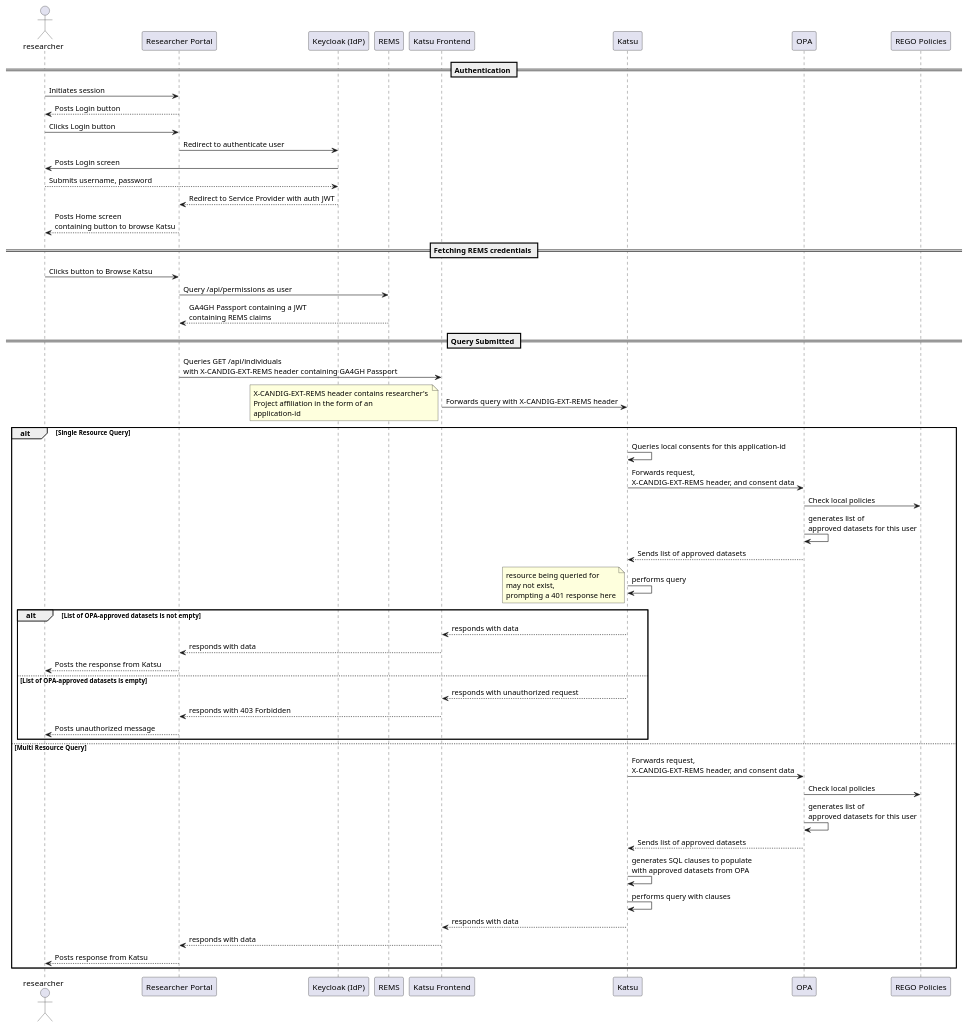
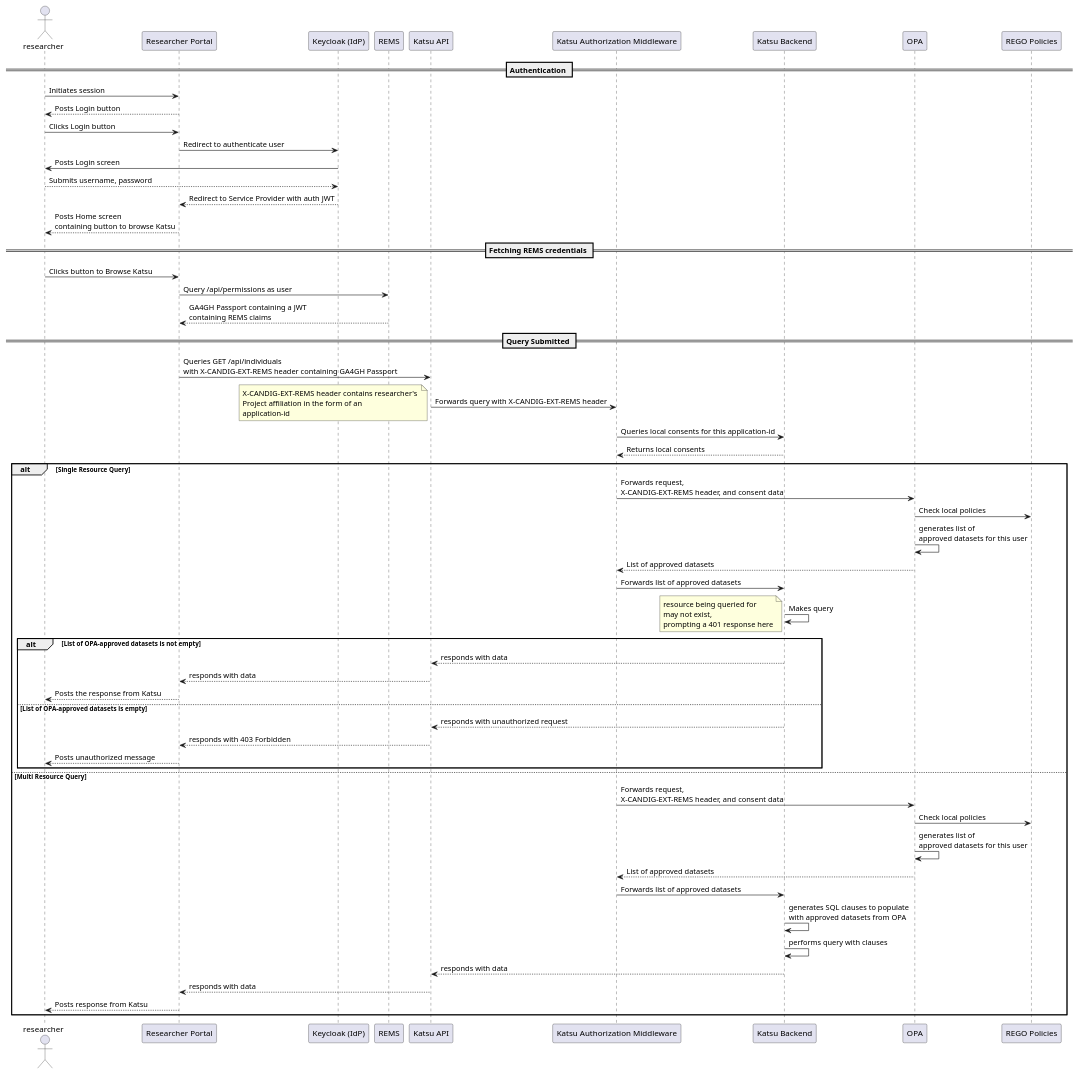
One commit to dycons/design changed the diagram in demo1/diagrams/researcher_query.md. Above: the diagram before and after it, drawn with PlantUML. The commit also changed other lines of this file, not shown here.

Commit message:
Add details on Authorization Middleware

```diff
--- a/demo1/diagrams/researcher_query.md
+++ b/demo1/diagrams/researcher_query.md
@@ -5,73 +5,78 @@
 @startuml
 actor researcher
 participant "Researcher Portal" as rp
 participant "Keycloak (IdP)" as kc
 participant "REMS" as rems
-participant "Katsu Frontend" as kf
-participant "Katsu" as katsu
+participant "Katsu API" as kapi
+participant "Katsu Authorization Middleware" as km
+participant "Katsu Backend" as kb
 participant "OPA" as opa
 participant "REGO Policies" as rego
 
 == Authentication ==
 
 researcher -> rp : Initiates session
 rp --> researcher : Posts Login button
 researcher -> rp : Clicks Login button
 rp -> kc : Redirect to authenticate user
 kc -> researcher : Posts Login screen
 researcher --> kc : Submits username, password
 kc --> rp : Redirect to Service Provider with auth JWT
 rp --> researcher : Posts Home screen \ncontaining button to browse Katsu
 
 == Fetching REMS credentials ==
 
 researcher -> rp : Clicks button to Browse Katsu
 rp -> rems : Query /api/permissions as user
 rems --> rp : GA4GH Passport containing a JWT \ncontaining REMS claims
 
 == Query Submitted ==
 
-rp -> kf : Queries GET /api/individuals \nwith X-CANDIG-EXT-REMS header containing GA4GH Passport
-kf -> katsu: Forwards query with X-CANDIG-EXT-REMS header
+rp -> kapi : Queries GET /api/individuals \nwith X-CANDIG-EXT-REMS header containing GA4GH Passport
+kapi -> km: Forwards query with X-CANDIG-EXT-REMS header
 note left: X-CANDIG-EXT-REMS header contains researcher's \nProject affiliation in the form of an \napplication-id
 
+km -> kb: Queries local consents for this application-id
+kb --> km: Returns local consents
+
 alt Single Resource Query
-
-  katsu -> katsu: Queries local consents for this application-id
-  katsu -> opa : Forwards request, \nX-CANDIG-EXT-REMS header, and consent data
+  km -> opa : Forwards request, \nX-CANDIG-EXT-REMS header, and consent data
   opa -> rego : Check local policies
 
 
   opa -> opa: generates list of \napproved datasets for this user
-  opa --> katsu: Sends list of approved datasets
-  katsu -> katsu: performs query
+  opa --> km: List of approved datasets
+  km -> kb: Forwards list of approved datasets
+  kb -> kb: Makes query
   note left: resource being queried for \nmay not exist, \nprompting a 401 response here
 
   alt List of OPA-approved datasets is not empty
-    katsu --> kf: responds with data
-    kf --> rp: responds with data
+    kb --> kapi: responds with data
+    kapi --> rp: responds with data
     rp --> researcher: Posts the response from Katsu
 
   else List of OPA-approved datasets is empty
-    katsu --> kf: responds with unauthorized request
-    kf --> rp: responds with 403 Forbidden
+    kb --> kapi: responds with unauthorized request
+    kapi --> rp: responds with 403 Forbidden
     rp --> researcher: Posts unauthorized message
   end
 	
 else Multi Resource Query
 
-  katsu -> opa : Forwards request, \nX-CANDIG-EXT-REMS header, and consent data
+  km -> opa : Forwards request, \nX-CANDIG-EXT-REMS header, and consent data
   opa -> rego : Check local policies
 
   opa -> opa: generates list of \napproved datasets for this user
-  opa --> katsu: Sends list of approved datasets
-  katsu -> katsu : generates SQL clauses to populate \nwith approved datasets from OPA
-  katsu -> katsu: performs query with clauses
-  katsu --> kf: responds with data
-  kf --> rp: responds with data
+  opa --> km: List of approved datasets
+  km -> kb: Forwards list of approved datasets
+
+  kb -> kb : generates SQL clauses to populate \nwith approved datasets from OPA
+  kb -> kb: performs query with clauses
+  kb --> kapi: responds with data
+  kapi --> rp: responds with data
 
 
   rp --> researcher: Posts response from Katsu
 
 end
 @enduml
```
